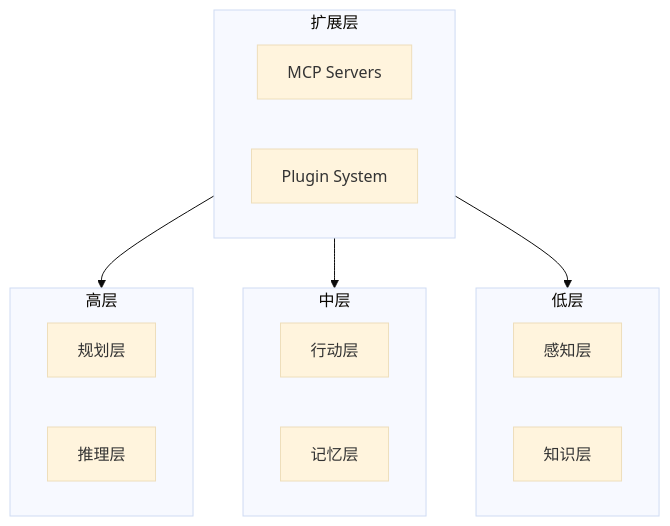
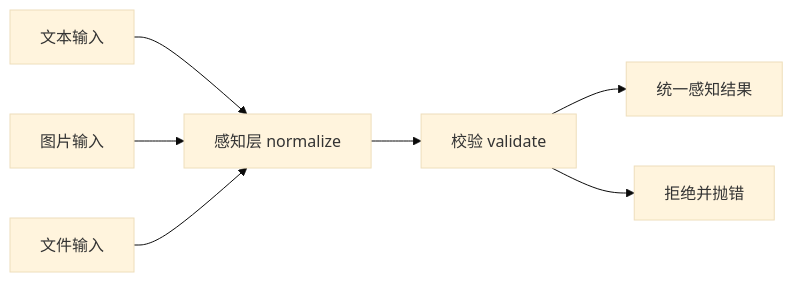
The second of 8 diagrams in docs/agent/architecture/layered-architecture.md (Shyu-x/frontend-interview), drawn with Mermaid (base theme) before and after one commit. The commit also changed other lines of this file and 58 other files, not shown here.

````diff
--- a/docs/agent/architecture/layered-architecture.md
+++ b/docs/agent/architecture/layered-architecture.md
@@ -16,26 +65,9 @@
 ```mermaid
-flowchart TB
-    subgraph Extension["扩展层"]
-        MCP["MCP Servers"]
-        Plugin["Plugin System"]
-    end
-    
-    subgraph High["高层"]
-        Planning["规划层"]
-        Reasoning["推理层"]
-    end
-    
-    subgraph Middle["中层"]
-        Action["行动层"]
-        Memory["记忆层"]
-    end
-    
-    subgraph Low["低层"]
-        Perception["感知层"]
-        Knowledge["知识层"]
-    end
-    
-    Extension --> High
-    Extension --> Middle
-    Extension --> Low
+flowchart LR
+    I1["文本输入"] --> N["感知层 normalize"]
+    I2["图片输入"] --> N
+    I3["文件输入"] --> N
+    N --> V["校验 validate"]
+    V --> E["统一感知结果"]
+    V --> R["拒绝并抛错"]
 ```
````
